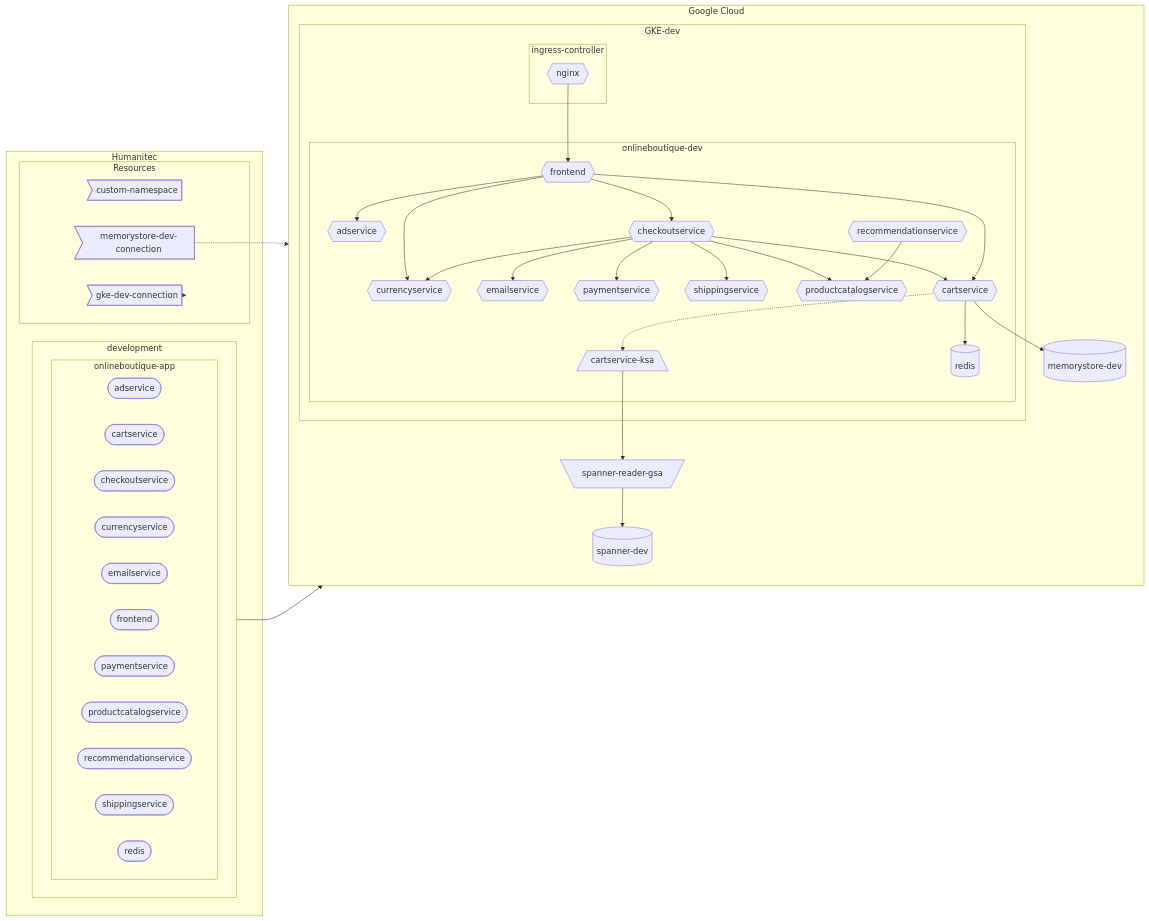
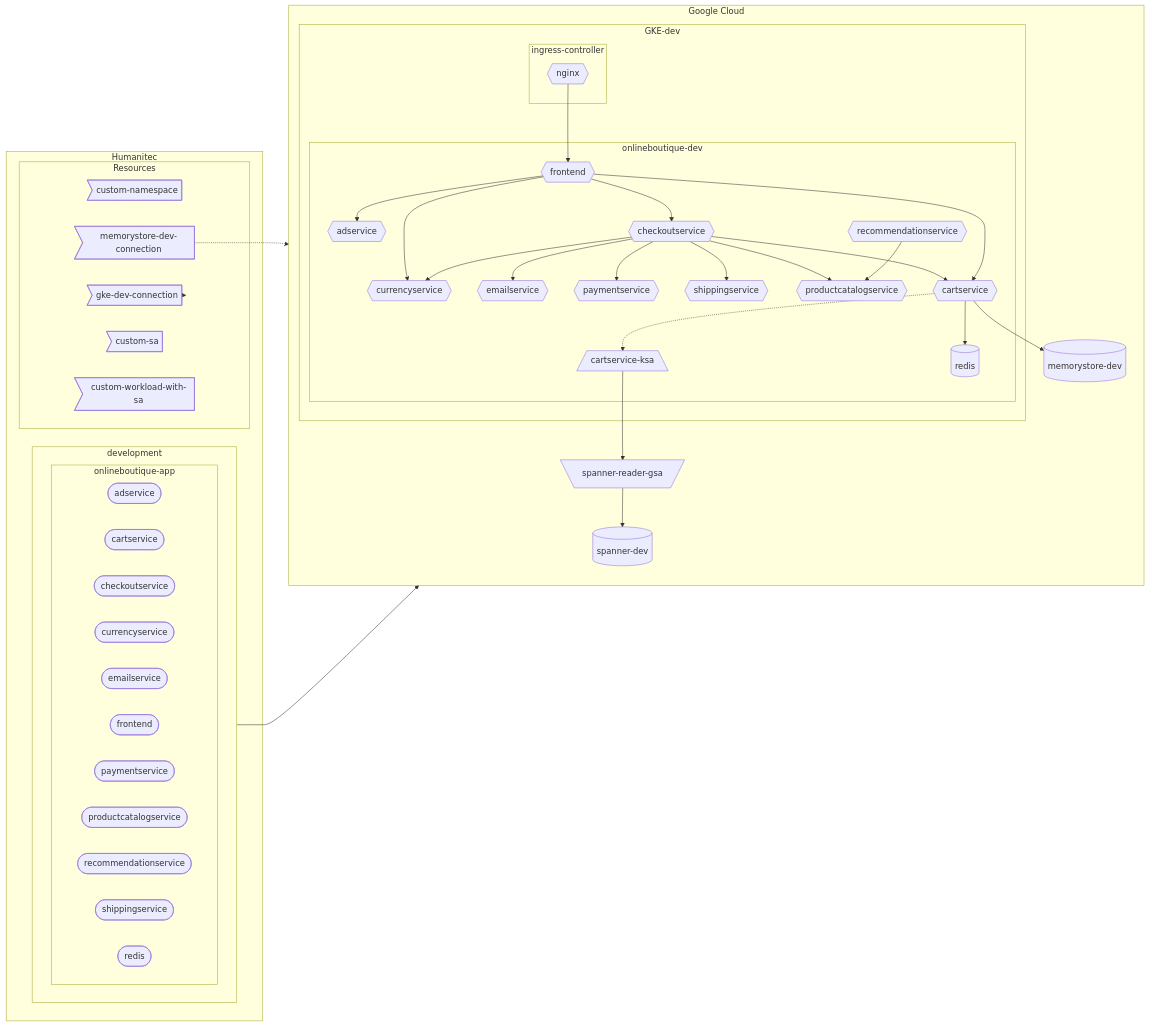
The second of 2 diagrams in README.md (mathieu-benoit/hello-humanitec), drawn with Mermaid before and after one commit.

````diff
--- a/README.md
+++ b/README.md
@@ -40,57 +40,59 @@
 ```mermaid
 flowchart LR
   subgraph Humanitec
     subgraph development
         direction LR
         subgraph onlineboutique-app
             direction LR
             adservice-workload([adservice])
             cartservice-workload([cartservice])
             checkoutservice-workload([checkoutservice])
             currencyservice-workload([currencyservice])
             emailservice-workload([emailservice])
             frontend-workload([frontend])
             paymentservice-workload([paymentservice])
             productcatalogservice-workload([productcatalogservice])
             recommendationservice-workload([recommendationservice])
             shippingservice-workload([shippingservice])
             redis-workload([redis])
         end
     end
     subgraph Resources
         custom-namespace>custom-namespace]
         gke-dev-connection>gke-dev-connection]
         memorystore-dev-connection>memorystore-dev-connection]
+        custom-sa>custom-sa]
+        custom-workload-with-sa>custom-workload-with-sa]
     end
   end
   subgraph Google Cloud
     direction TB
     subgraph GKE-dev
         subgraph ingress-controller
             nginx{{nginx}}
         end
         subgraph onlineboutique-dev
             frontend{{frontend}}-->adservice{{adservice}}
             frontend-->checkoutservice{{checkoutservice}}
             frontend-->currencyservice{{currencyservice}}
             checkoutservice-->emailservice{{emailservice}}
             checkoutservice-->paymentservice{{paymentservice}}
             checkoutservice-->currencyservice
             checkoutservice-->shippingservice{{shippingservice}}
             checkoutservice-->productcatalogservice{{productcatalogservice}}
             checkoutservice-->cartservice{{cartservice}}
             frontend-->cartservice
             recommendationservice{{recommendationservice}}-->productcatalogservice
             cartservice-.->cartservice-ksa[/cartservice-ksa\]
             cartservice-->redis[(redis)]
         end
         nginx-->frontend
     end
     gke-dev-connection-.->GKE-dev
     memorystore-dev-connection-.->memorystore-dev[(memorystore-dev)]
     onlineboutique-app-->onlineboutique-dev
     cartservice-->memorystore-dev
     spanner-reader-gsa-->spanner-dev[(spanner-dev)]
     cartservice-ksa-->spanner-reader-gsa[\spanner-reader-gsa/]
   end
 ```
````
